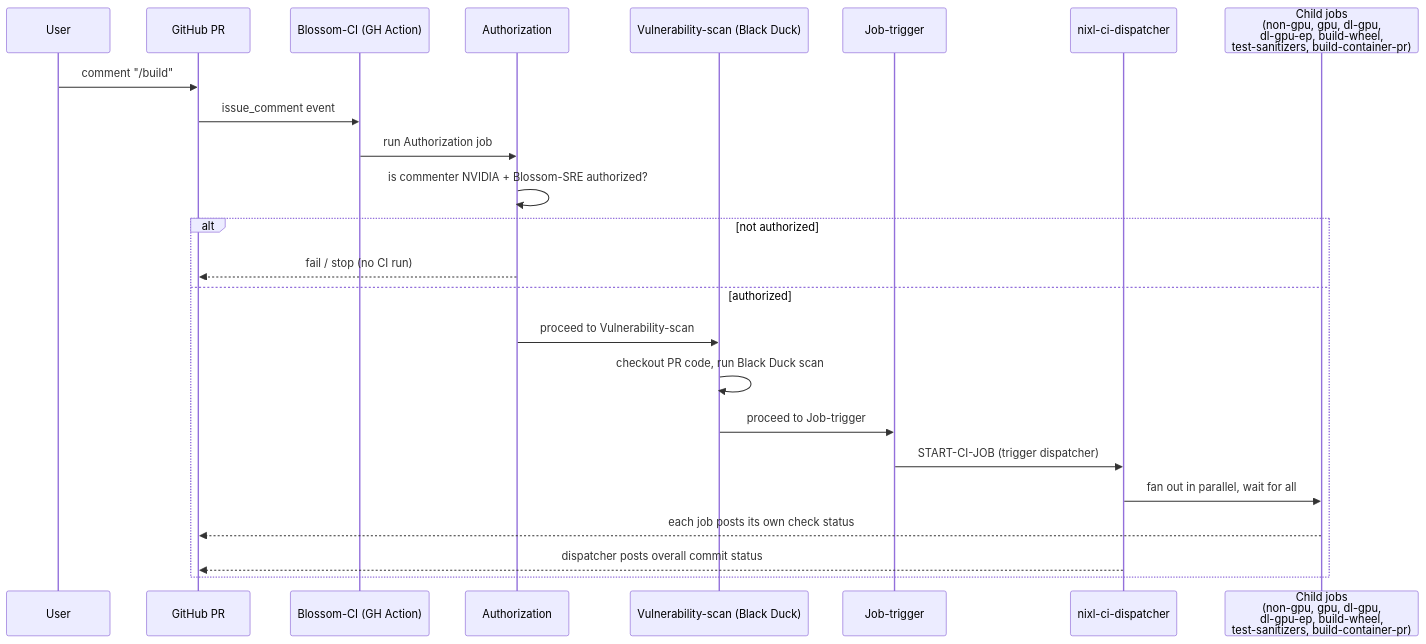
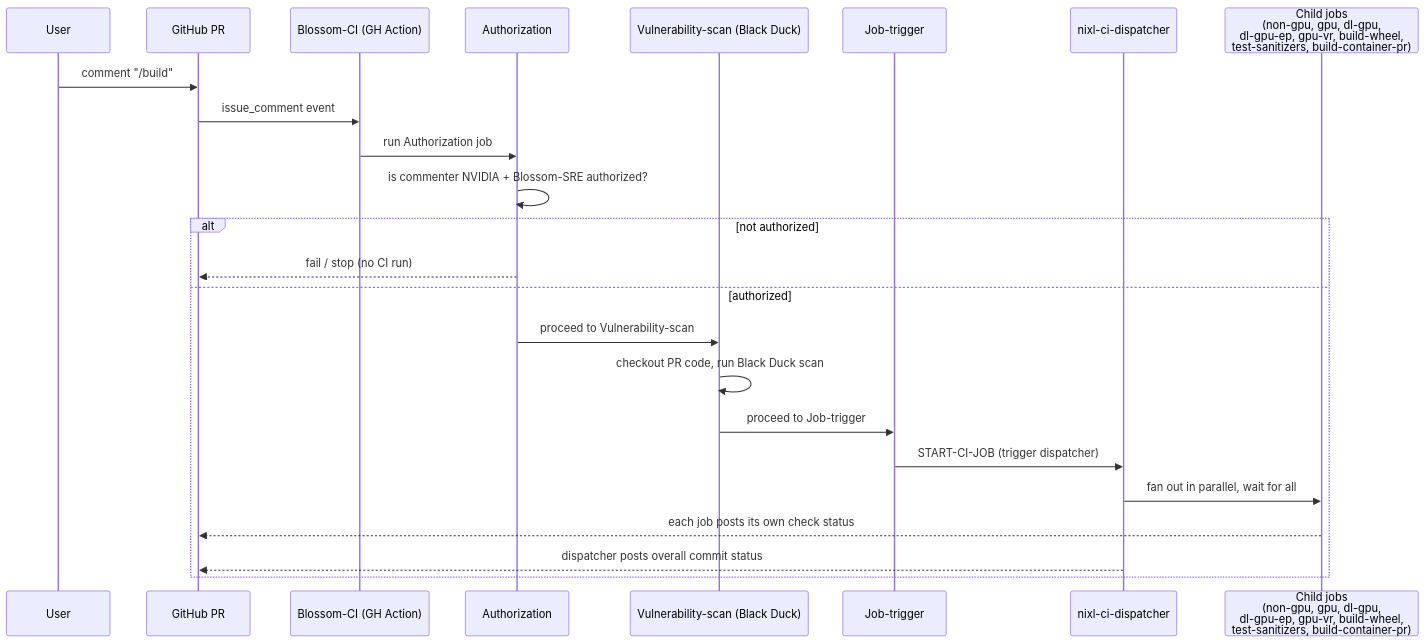
The diagram in .ci/docs/ci-overview.md (ai-dynamo/nixl), drawn with Mermaid before and after one commit. The commit also changed other lines of this file and 5 other files, not shown here.

````diff
--- a/.ci/docs/ci-overview.md
+++ b/.ci/docs/ci-overview.md
@@ -96,27 +96,27 @@
 ```mermaid
 sequenceDiagram
     participant User
     participant GH as GitHub PR
     participant Blossom as Blossom-CI (GH Action)
     participant Auth as Authorization
     participant Scan as Vulnerability-scan (Black Duck)
     participant Trigger as Job-trigger
     participant Jenkins as nixl-ci-dispatcher
-    participant Children as Child jobs<br/>(non-gpu, gpu, dl-gpu,<br/>dl-gpu-ep, build-wheel,<br/>test-sanitizers, build-container-pr)
+    participant Children as Child jobs<br/>(non-gpu, gpu, dl-gpu,<br/>dl-gpu-ep, gpu-vr, build-wheel,<br/>test-sanitizers, build-container-pr)
 
     User->>GH: comment "/build"
     GH->>Blossom: issue_comment event
     Blossom->>Auth: run Authorization job
     Auth->>Auth: is commenter NVIDIA + Blossom-SRE authorized?
     alt not authorized
         Auth-->>GH: fail / stop (no CI run)
     else authorized
         Auth->>Scan: proceed to Vulnerability-scan
         Scan->>Scan: checkout PR code, run Black Duck scan
         Scan->>Trigger: proceed to Job-trigger
         Trigger->>Jenkins: START-CI-JOB (trigger dispatcher)
         Jenkins->>Children: fan out in parallel, wait for all
         Children-->>GH: each job posts its own check status
         Jenkins-->>GH: dispatcher posts overall commit status
     end
 ```
````
